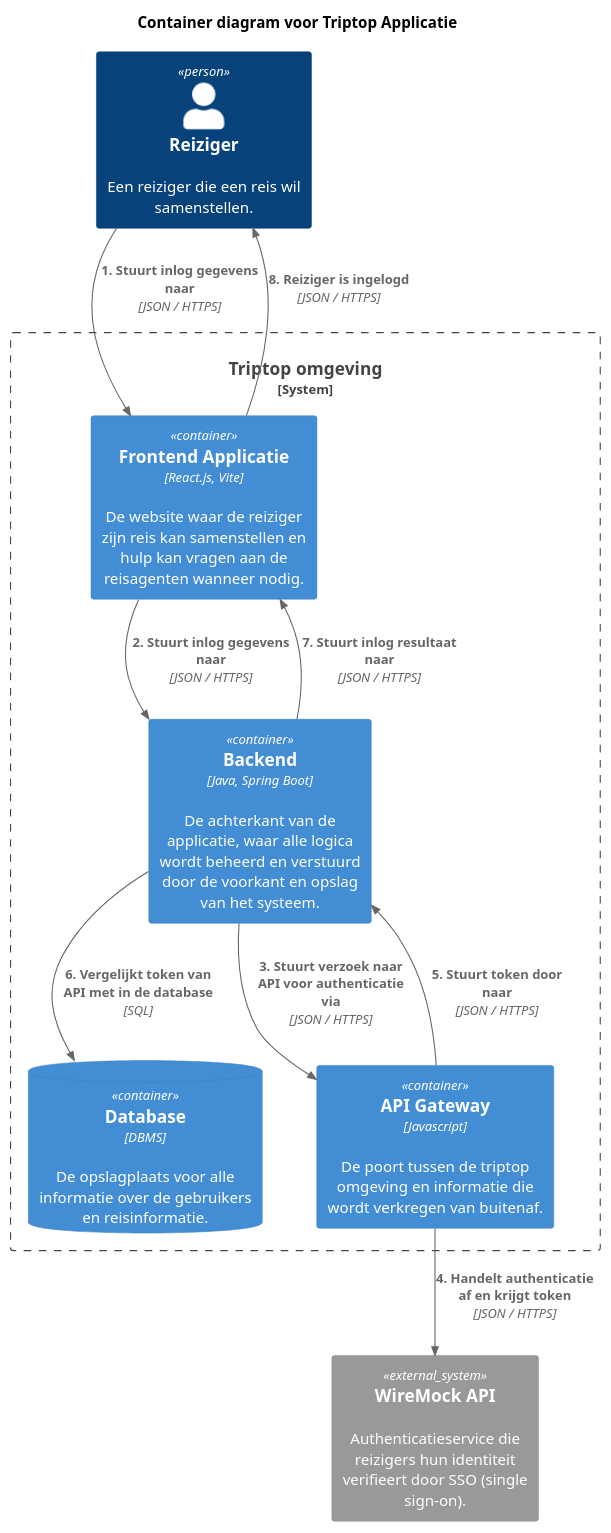
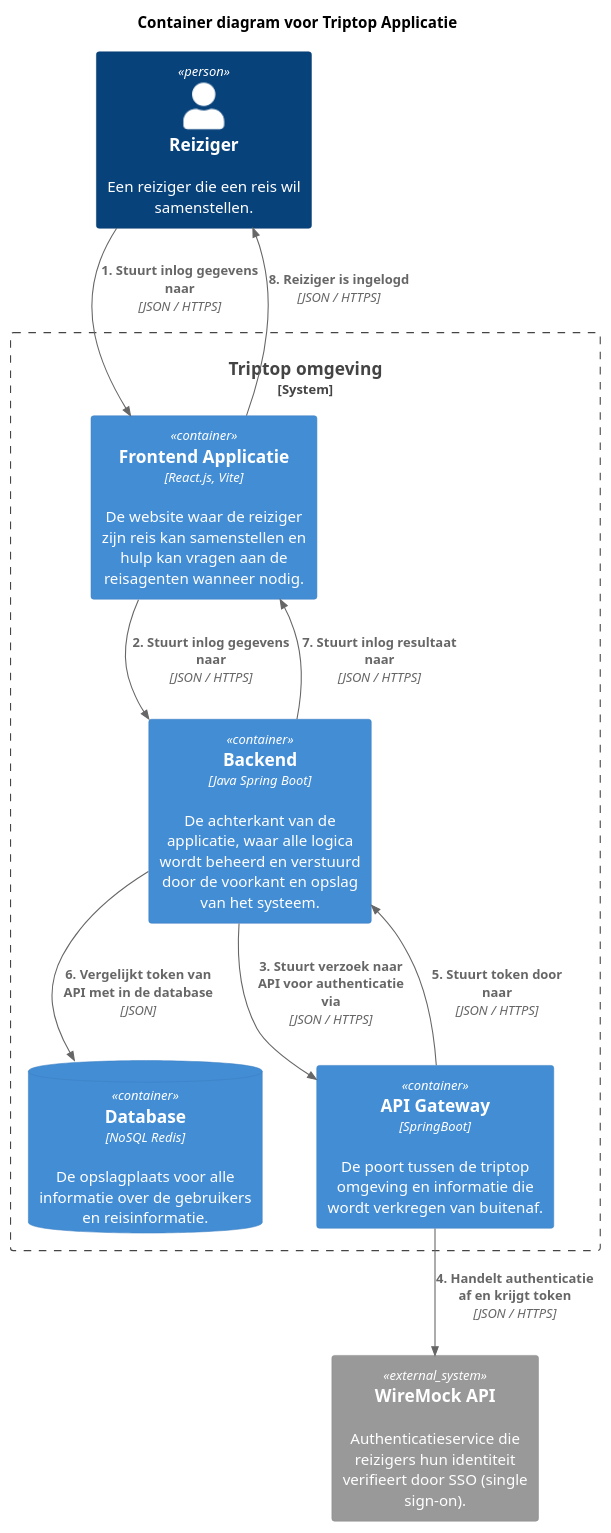
The diagram in opdracht-diagrammen/Container diagrammen/dynamische-diagrammen/login-diagram.puml (AIM-ENE-feb25/triptop-beca), drawn with PlantUML before and after one commit. The commit also changed 3 other files, not shown here.

Commit message:
Feedback geimplementeerd voor week 1 dynamische diagrammen

```diff
--- a/opdracht-diagrammen/Container diagrammen/dynamische-diagrammen/login-diagram.puml
+++ b/opdracht-diagrammen/Container diagrammen/dynamische-diagrammen/login-diagram.puml
@@ -1,26 +1,26 @@
 @startuml
 
 !include https://raw.githubusercontent.com/plantuml-stdlib/C4-PlantUML/master/C4_Container.puml
 
 title Container diagram voor Triptop Applicatie
 
 Person(reiziger, Reiziger, "Een reiziger die een reis wil samenstellen.")
 
 System_Boundary(c1, "Triptop omgeving") {
     Container(frontend, "Frontend Applicatie", "React.js, Vite", "De website waar de reiziger zijn reis kan samenstellen en hulp kan vragen aan de reisagenten wanneer nodig.")
-    Container(backend, "Backend", "Java, Spring Boot", "De achterkant van de applicatie, waar alle logica wordt beheerd en verstuurd door de voorkant en opslag van het systeem.")
-    ContainerDb(database, "Database", "DBMS", "De opslagplaats voor alle informatie over de gebruikers en reisinformatie.")
-    Container(api_gateway, "API Gateway", "Javascript", "De poort tussen de triptop omgeving en informatie die wordt verkregen van buitenaf.")
+    Container(backend, "Backend", "Java Spring Boot", "De achterkant van de applicatie, waar alle logica wordt beheerd en verstuurd door de voorkant en opslag van het systeem.")
+    ContainerDb(database, "Database", "NoSQL Redis", "De opslagplaats voor alle informatie over de gebruikers en reisinformatie.")
+    Container(api_gateway, "API Gateway", "SpringBoot", "De poort tussen de triptop omgeving en informatie die wordt verkregen van buitenaf.")
 }
 
 System_Ext(identiteit, "WireMock API", "Authenticatieservice die reizigers hun identiteit verifieert door SSO (single sign-on).")
 
 Rel(reiziger,frontend, "1. Stuurt inlog gegevens naar", "JSON / HTTPS")
 Rel(frontend, backend, "2. Stuurt inlog gegevens naar", "JSON / HTTPS")
 Rel(backend, api_gateway, "3. Stuurt verzoek naar API voor authenticatie via", "JSON / HTTPS")
 Rel(api_gateway, identiteit, "4. Handelt authenticatie af en krijgt token", "JSON / HTTPS")
 Rel(api_gateway, backend, "5. Stuurt token door naar", "JSON / HTTPS")
-Rel(backend, database, "6. Vergelijkt token van API met in de database", "SQL")
+Rel(backend, database, "6. Vergelijkt token van API met in de database", "JSON")
 Rel(backend, frontend, "7. Stuurt inlog resultaat naar", "JSON / HTTPS")
 Rel(frontend, reiziger, "8. Reiziger is ingelogd", "JSON / HTTPS")
 @enduml
```
